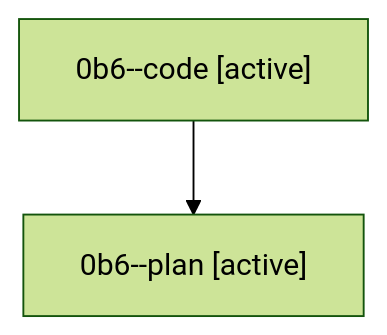
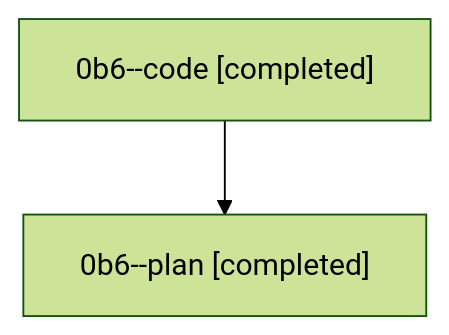
Before and after one commit to sase-org/sase--agents: the diagram in families/bbugyi200.athena.0b6.md, drawn with Mermaid (forest theme). The commit also changed other lines of this file and 100 other files, not shown here.

````diff
--- a/families/bbugyi200.athena.0b6.md
+++ b/families/bbugyi200.athena.0b6.md
@@ -9,6 +9,6 @@
 ```mermaid
 flowchart TD
-  n0["0b6--code [active]"]
-  n1["0b6--plan [active]"]
+  n0["0b6--code [completed]"]
+  n1["0b6--plan [completed]"]
   n0 --> n1
 ```
````
